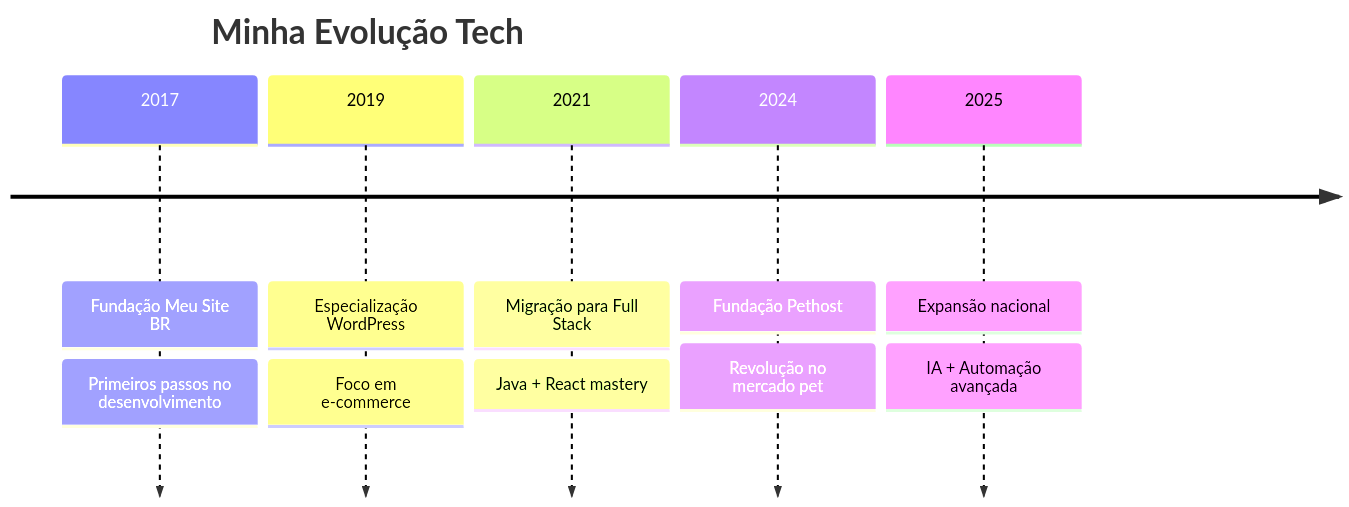
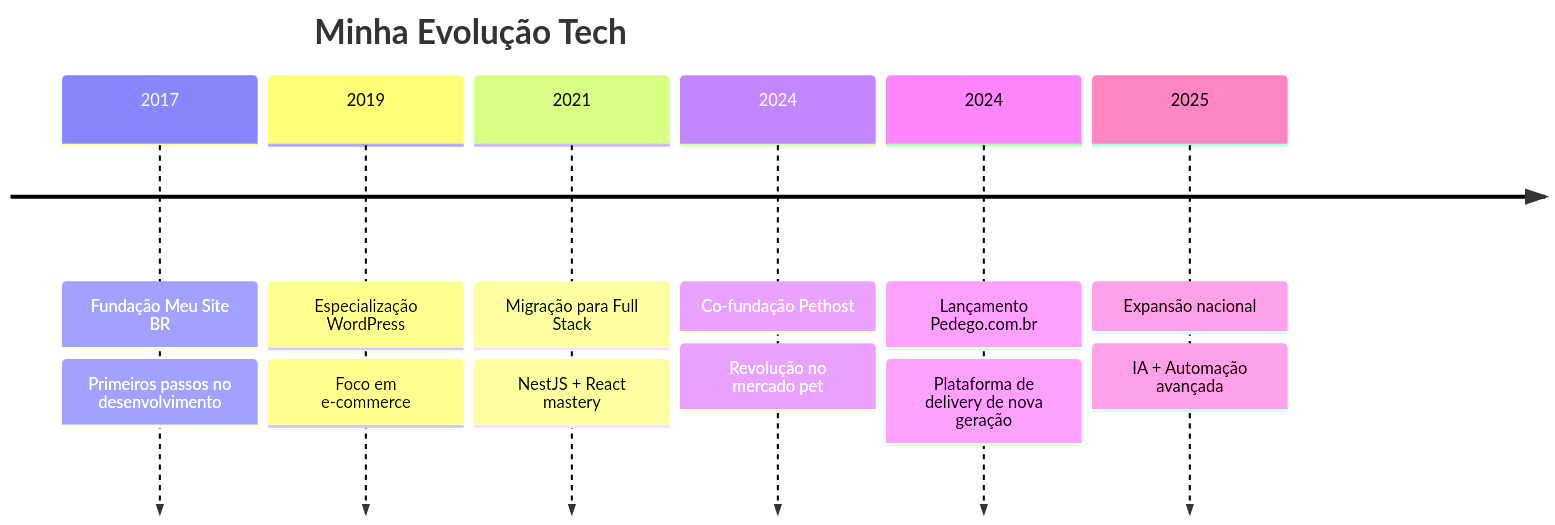
The diagram in README.md (allankdev/allankdev), drawn with Mermaid before and after one commit. The commit also changed other lines of this file, not shown here.

````diff
--- a/README.md
+++ b/README.md
@@ -160,14 +159,16 @@
 ```mermaid
 timeline
     title Minha Evolução Tech
     2017 : Fundação Meu Site BR
          : Primeiros passos no desenvolvimento
     2019 : Especialização WordPress
          : Foco em e-commerce
     2021 : Migração para Full Stack
-         : Java + React mastery
-    2024 : Fundação Pethost
+         : NestJS + React mastery
+    2024 : Co-fundação Pethost
          : Revolução no mercado pet
+    2024 : Lançamento Pedego.com.br
+         : Plataforma de delivery de nova geração
     2025 : Expansão nacional
          : IA + Automação avançada
 ```
````
